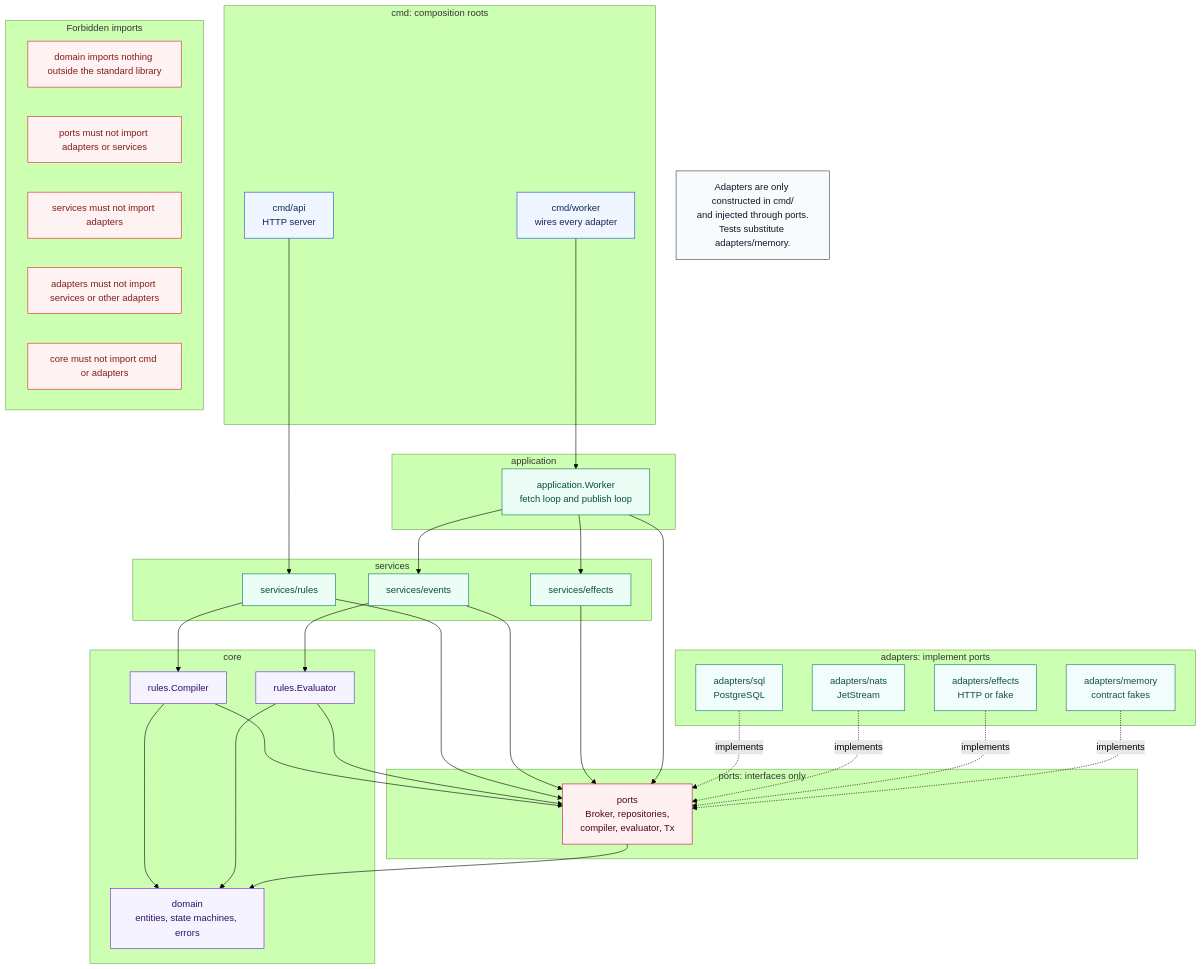
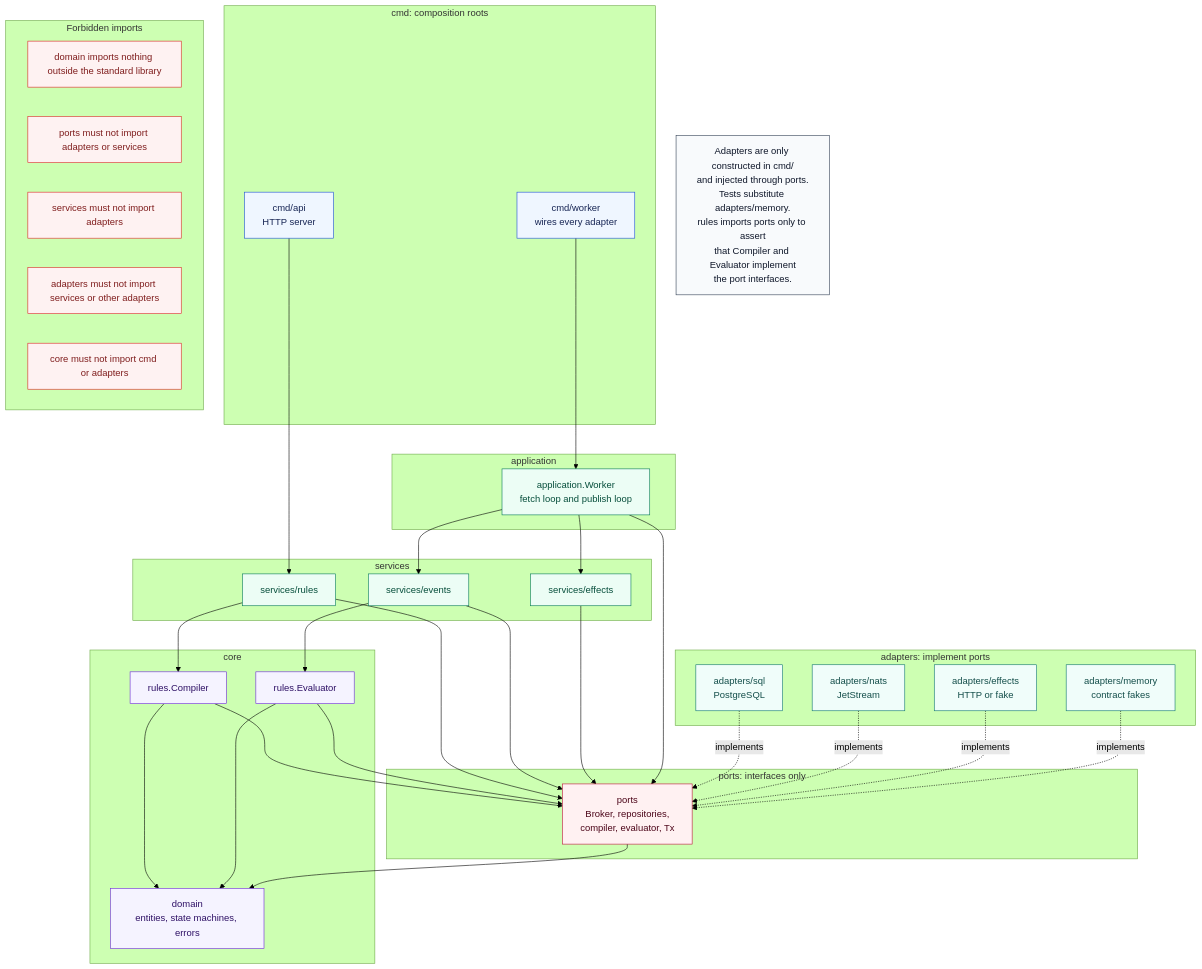
One commit to premchandkpc/kafka-simulate-rule changed the diagram in docs/02-dependency-direction.mmd. Above: the diagram before and after it, drawn with Mermaid (forest theme). The commit also changed 17 other files, not shown here.

Commit message:
docs: enrich mermaid diagrams and fix parse errors

```diff
--- a/docs/02-dependency-direction.mmd
+++ b/docs/02-dependency-direction.mmd
@@ -1,74 +1,74 @@
 flowchart TB
     %% Design view: import direction. Every arrow points from the importer to the importee.
     classDef entry fill:#eff6ff,stroke:#1d4ed8,color:#172554
     classDef service fill:#ecfdf5,stroke:#047857,color:#064e3b
     classDef core fill:#f5f3ff,stroke:#6d28d9,color:#2e1065
     classDef port fill:#fff1f2,stroke:#be123c,color:#4c0519
     classDef adapter fill:#f0fdfa,stroke:#0f766e,color:#134e4a
     classDef bad fill:#fef2f2,stroke:#dc2626,color:#7f1d1d
     classDef note fill:#f8fafc,stroke:#334155,color:#0f172a
 
     subgraph Cmd["cmd: composition roots"]
         API["cmd/api<br/>HTTP server"]:::entry
         Worker["cmd/worker<br/>wires every adapter"]:::entry
     end
 
     subgraph App["application"]
         Loop["application.Worker<br/>fetch loop and publish loop"]:::service
     end
 
     subgraph Svc["services"]
         RuleSvc["services/rules"]:::service
         EventSvc["services/events"]:::service
         EffectSvc["services/effects"]:::service
     end
 
     subgraph Ports["ports: interfaces only"]
         P["ports<br/>Broker, repositories,<br/>compiler, evaluator, Tx"]:::port
     end
 
     subgraph Core["core"]
         Domain["domain<br/>entities, state machines, errors"]:::core
         Comp["rules.Compiler"]:::core
         Eval["rules.Evaluator"]:::core
     end
 
     subgraph Adapters["adapters: implement ports"]
         SQL["adapters/sql<br/>PostgreSQL"]:::adapter
         NATS["adapters/nats<br/>JetStream"]:::adapter
         Eff["adapters/effects<br/>HTTP or fake"]:::adapter
         Mem["adapters/memory<br/>contract fakes"]:::adapter
     end
 
     API --> RuleSvc
     Worker --> Loop
     Loop --> EventSvc
     Loop --> EffectSvc
 
     RuleSvc --> P
     EventSvc --> P
     EffectSvc --> P
     Loop --> P
 
     RuleSvc --> Comp
     EventSvc --> Eval
     Comp --> P
     Eval --> P
     Comp --> Domain
     Eval --> Domain
     P --> Domain
 
     SQL -.->|implements| P
     NATS -.->|implements| P
     Eff -.->|implements| P
     Mem -.->|implements| P
 
     subgraph Forbidden["Forbidden imports"]
         F1["domain imports nothing outside the standard library"]:::bad
         F2["ports must not import adapters or services"]:::bad
         F3["services must not import adapters"]:::bad
         F4["adapters must not import services or other adapters"]:::bad
         F5["core must not import cmd or adapters"]:::bad
     end
 
-    Note["Adapters are only constructed in cmd/<br/>and injected through ports.<br/>Tests substitute adapters/memory."]:::note
+    Note["Adapters are only constructed in cmd/<br/>and injected through ports.<br/>Tests substitute adapters/memory.<br/>rules imports ports only to assert<br/>that Compiler and Evaluator implement<br/>the port interfaces."]:::note
```
